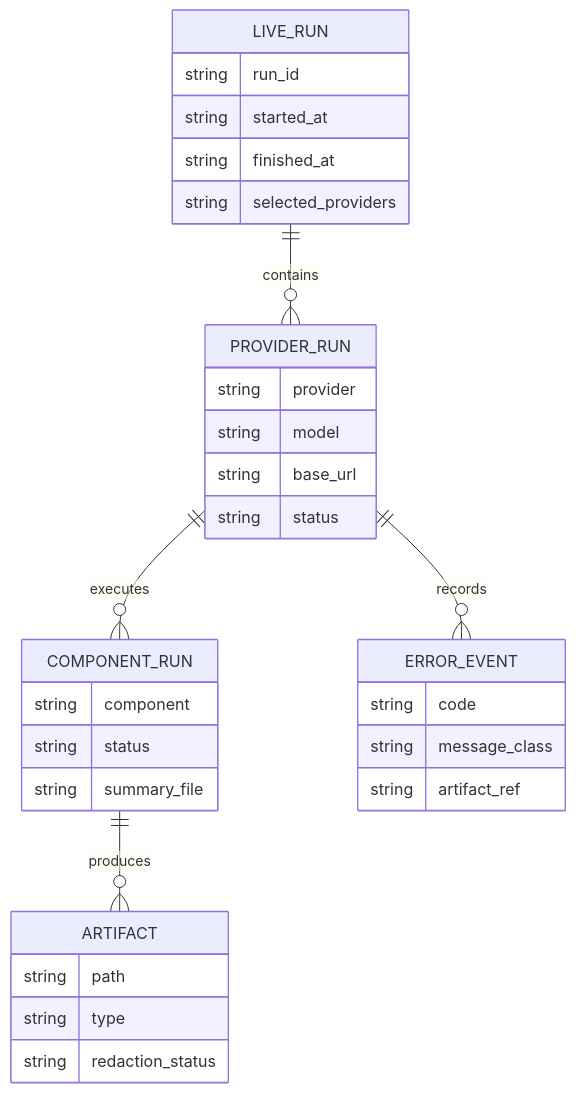
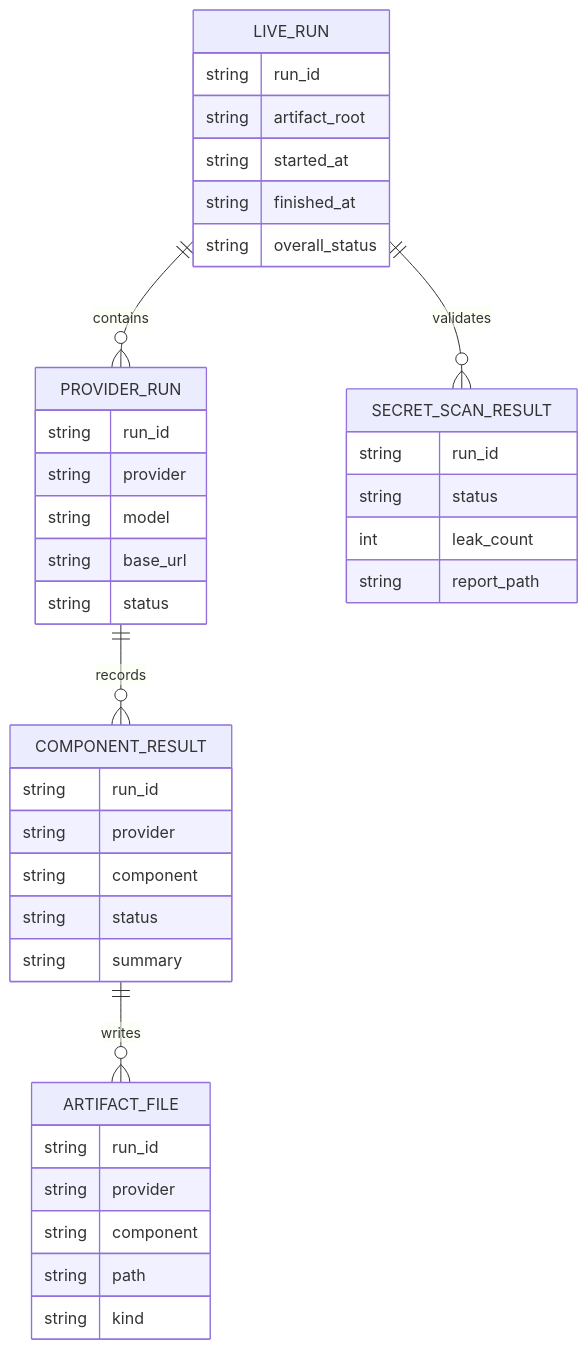
The second of 5 diagrams in docs/sprints/SPRINT-004-comprehensive-implementation-plan.md (jaytaylor/attractor-tcl), drawn with Mermaid before and after one commit. The commit also changed other lines of this file, not shown here.

````diff
--- a/docs/sprints/SPRINT-004-comprehensive-implementation-plan.md
+++ b/docs/sprints/SPRINT-004-comprehensive-implementation-plan.md
@@ -1131,39 +736,46 @@
 ```mermaid
 erDiagram
   LIVE_RUN ||--o{ PROVIDER_RUN : contains
-  PROVIDER_RUN ||--o{ COMPONENT_RUN : executes
-  COMPONENT_RUN ||--o{ ARTIFACT : produces
-  PROVIDER_RUN ||--o{ ERROR_EVENT : records
+  PROVIDER_RUN ||--o{ COMPONENT_RESULT : records
+  COMPONENT_RESULT ||--o{ ARTIFACT_FILE : writes
+  LIVE_RUN ||--o{ SECRET_SCAN_RESULT : validates
 
   LIVE_RUN {
     string run_id
+    string artifact_root
     string started_at
     string finished_at
-    string selected_providers
+    string overall_status
   }
 
   PROVIDER_RUN {
+    string run_id
     string provider
     string model
     string base_url
     string status
   }
 
-  COMPONENT_RUN {
+  COMPONENT_RESULT {
+    string run_id
+    string provider
     string component
     string status
-    string summary_file
+    string summary
   }
 
-  ARTIFACT {
+  ARTIFACT_FILE {
+    string run_id
+    string provider
+    string component
     string path
-    string type
-    string redaction_status
+    string kind
   }
 
-  ERROR_EVENT {
-    string code
-    string message_class
-    string artifact_ref
+  SECRET_SCAN_RESULT {
+    string run_id
+    string status
+    int leak_count
+    string report_path
   }
 ```
````
